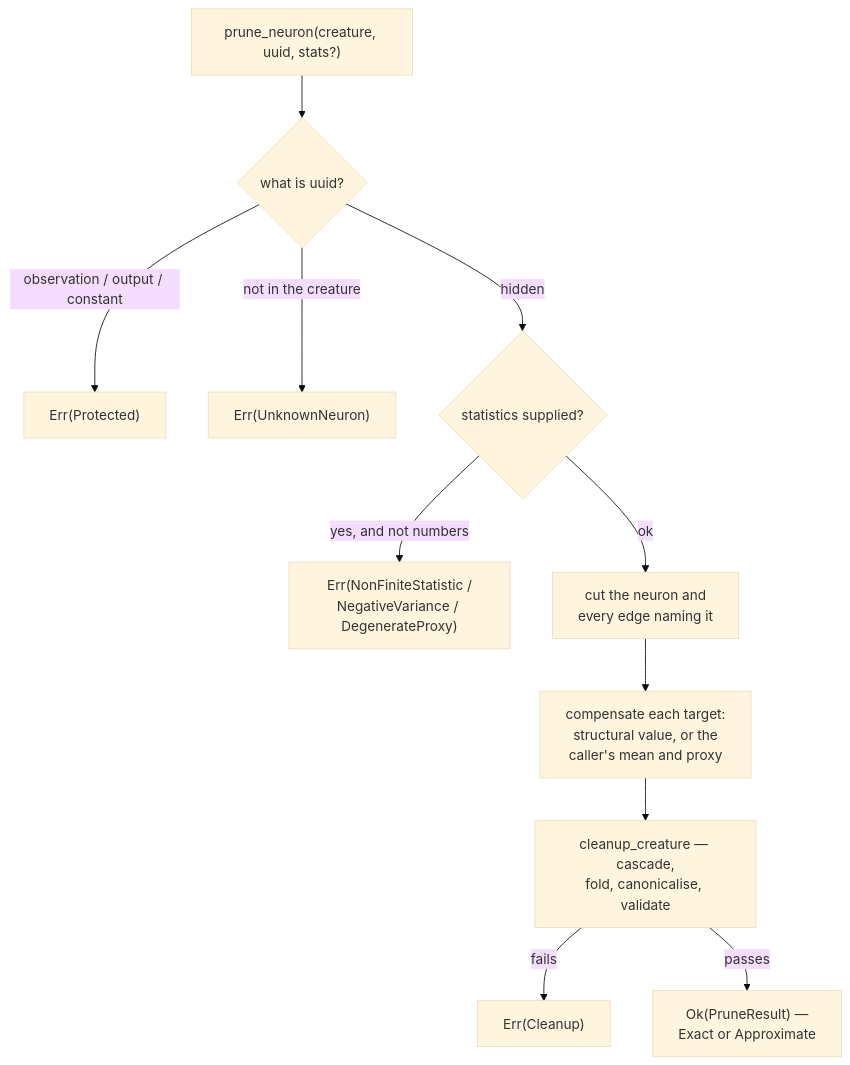
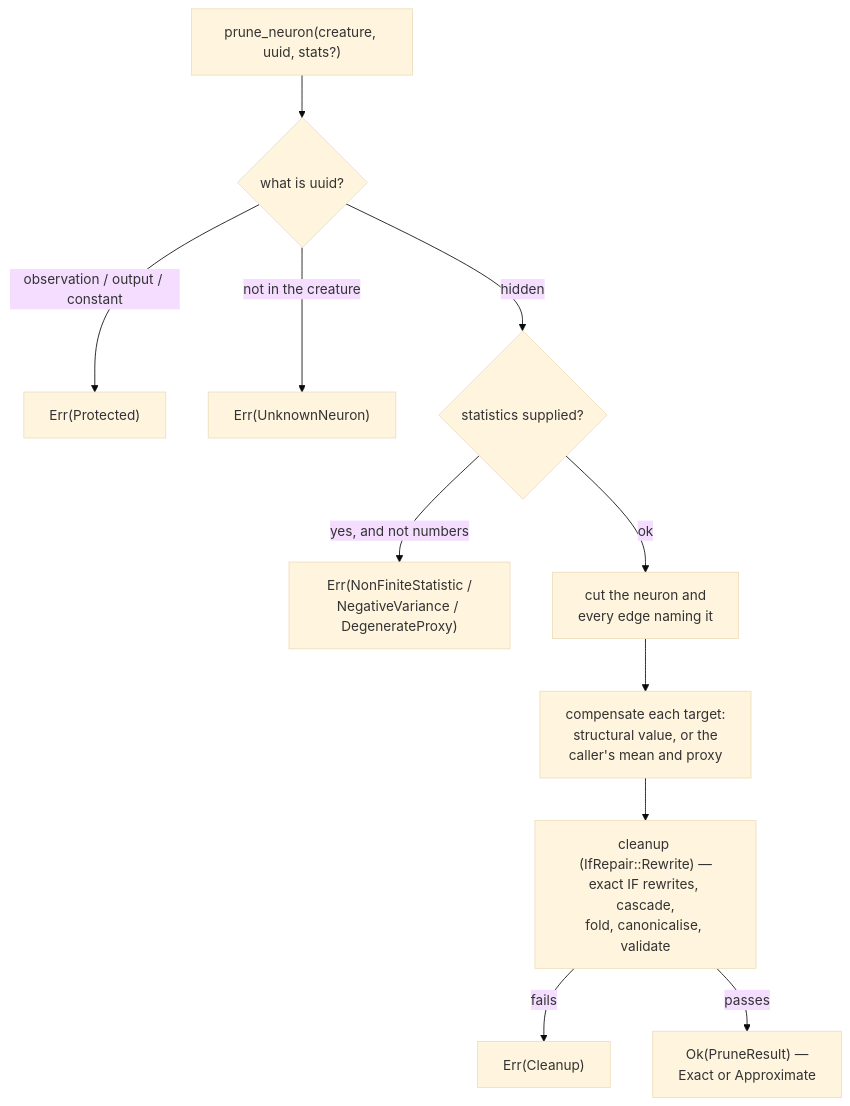
Diagram 14 of 27 in README.md (stSoftwareAU/NEAT-AI-core), drawn with Mermaid (base theme) before and after one commit. The commit also changed other lines of this file and 15 other files, not shown here.

First line of the commit message:
prune_neuron rewrites an IF left short a role exactly (IfRepair::Rewrite), matching prune_synapse (Ockham #198) (#678)

````diff
--- a/README.md
+++ b/README.md
@@ -877,13 +885,13 @@
 ```mermaid
 flowchart TD
     Q["prune_neuron(creature, uuid, stats?)"] --> C{"what is uuid?"}
     C -- "observation / output / constant" --> P["Err(Protected)"]
     C -- "not in the creature" --> U["Err(UnknownNeuron)"]
     C -- hidden --> S{"statistics supplied?"}
     S -- "yes, and not numbers" --> N["Err(NonFiniteStatistic /<br/>NegativeVariance / DegenerateProxy)"]
     S -- ok --> X["cut the neuron and<br/>every edge naming it"]
     X --> F["compensate each target:<br/>structural value, or the<br/>caller's mean and proxy"]
-    F --> L["cleanup_creature — cascade,<br/>fold, canonicalise, validate"]
+    F --> L["cleanup (IfRepair::Rewrite) —<br/>exact IF rewrites, cascade,<br/>fold, canonicalise, validate"]
     L -- fails --> E["Err(Cleanup)"]
     L -- passes --> R["Ok(PruneResult) —<br/>Exact or Approximate"]
 ```
````
